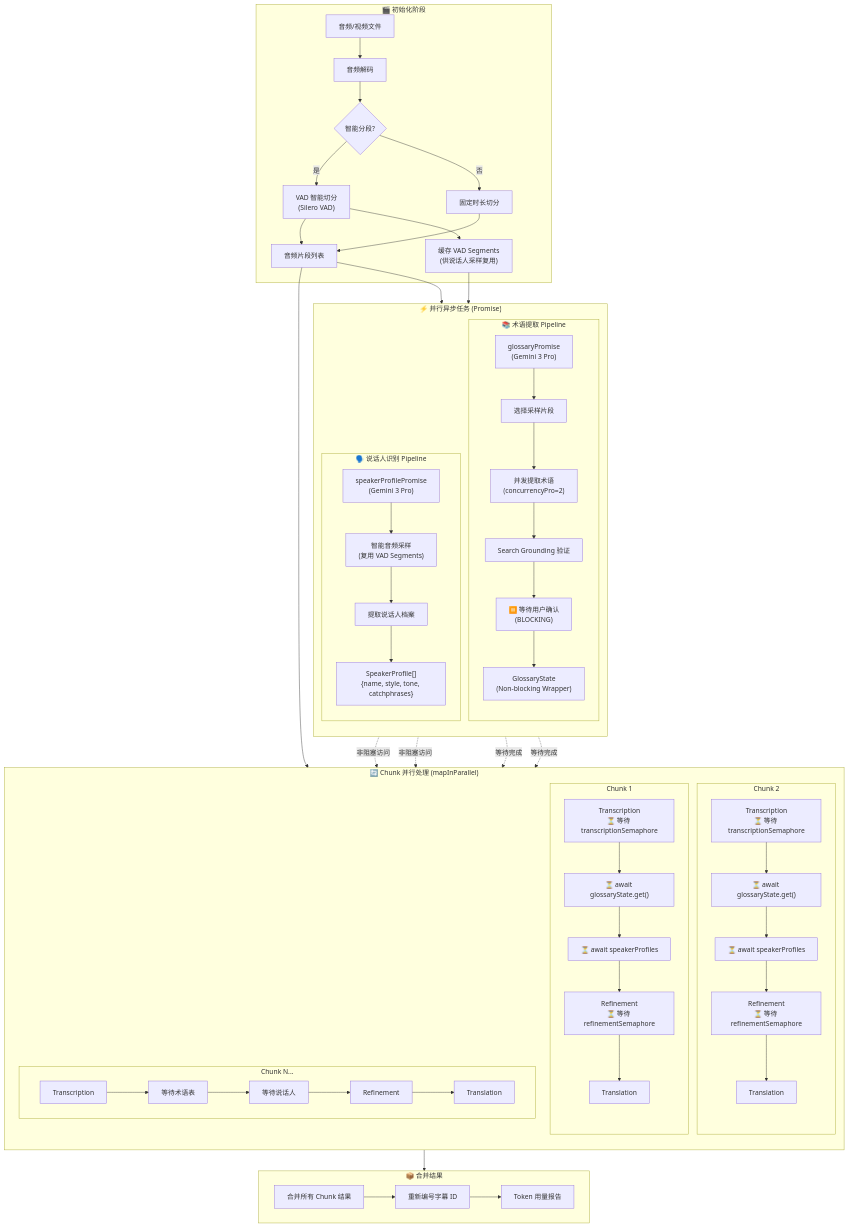
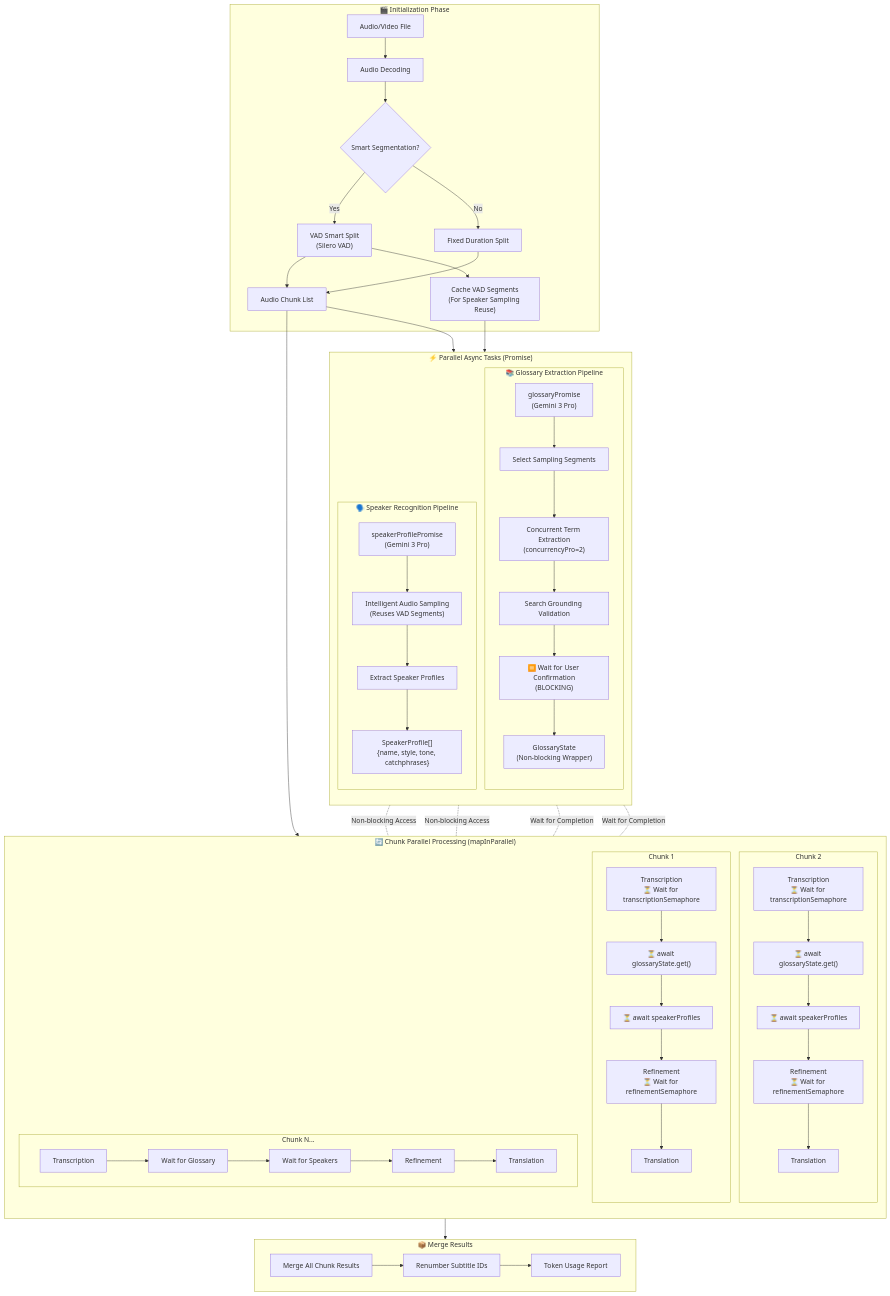
One commit to corvo007/MioSub changed the fourth of 14 diagrams in docs/ARCHITECTURE.md. Above: the diagram before and after it, drawn with Mermaid. The commit also changed other lines of this file and 3 other files, not shown here.

First line of the commit message:
docs: add bilingual README and ARCHITECTURE documentation

````diff
--- a/docs/ARCHITECTURE.md
+++ b/docs/ARCHITECTURE.md
@@ -403,76 +405,76 @@
 ```mermaid
 flowchart TB
-    subgraph INIT["🎬 初始化阶段"]
-        A[音频/视频文件] --> B[音频解码]
-        B --> C{智能分段?}
-        C -->|是| D["VAD 智能切分<br/>(Silero VAD)"]
-        C -->|否| E[固定时长切分]
-        D --> F[音频片段列表]
+    subgraph INIT["🎬 Initialization Phase"]
+        A[Audio/Video File] --> B[Audio Decoding]
+        B --> C{Smart Segmentation?}
+        C -->|Yes| D["VAD Smart Split<br/>(Silero VAD)"]
+        C -->|No| E[Fixed Duration Split]
+        D --> F[Audio Chunk List]
         E --> F
-        D --> G["缓存 VAD Segments<br/>(供说话人采样复用)"]
+        D --> G["Cache VAD Segments<br/>(For Speaker Sampling Reuse)"]
     end
 
-    subgraph PARALLEL["⚡ 并行异步任务 (Promise)"]
+    subgraph PARALLEL["⚡ Parallel Async Tasks (Promise)"]
         direction TB
 
-        subgraph GLOSSARY["📚 术语提取 Pipeline"]
+        subgraph GLOSSARY["📚 Glossary Extraction Pipeline"]
             H["glossaryPromise<br/>(Gemini 3 Pro)"]
-            H --> I[选择采样片段]
-            I --> J["并发提取术语<br/>(concurrencyPro=2)"]
-            J --> K[Search Grounding 验证]
-            K --> L["⏸️ 等待用户确认<br/>(BLOCKING)"]
+            H --> I[Select Sampling Segments]
+            I --> J["Concurrent Term Extraction<br/>(concurrencyPro=2)"]
+            J --> K[Search Grounding Validation]
+            K --> L["⏸️ Wait for User Confirmation<br/>(BLOCKING)"]
             L --> M["GlossaryState<br/>(Non-blocking Wrapper)"]
         end
 
-        subgraph SPEAKER["🗣️ 说话人识别 Pipeline"]
+        subgraph SPEAKER["🗣️ Speaker Recognition Pipeline"]
             N["speakerProfilePromise<br/>(Gemini 3 Pro)"]
-            N --> O["智能音频采样<br/>(复用 VAD Segments)"]
-            O --> P[提取说话人档案]
+            N --> O["Intelligent Audio Sampling<br/>(Reuses VAD Segments)"]
+            O --> P[Extract Speaker Profiles]
             P --> Q["SpeakerProfile[]<br/>{name, style, tone, catchphrases}"]
         end
     end
 
-    subgraph CHUNKS["🔄 Chunk 并行处理 (mapInParallel)"]
+    subgraph CHUNKS["🔄 Chunk Parallel Processing (mapInParallel)"]
         direction TB
 
         subgraph CHUNK1["Chunk 1"]
-            C1_T["Transcription<br/>⏳ 等待 transcriptionSemaphore"]
+            C1_T["Transcription<br/>⏳ Wait for transcriptionSemaphore"]
             C1_T --> C1_G["⏳ await glossaryState.get()"]
             C1_G --> C1_S["⏳ await speakerProfiles"]
-            C1_S --> C1_R["Refinement<br/>⏳ 等待 refinementSemaphore"]
+            C1_S --> C1_R["Refinement<br/>⏳ Wait for refinementSemaphore"]
             C1_R --> C1_TR[Translation]
         end
 
         subgraph CHUNK2["Chunk 2"]
-            C2_T["Transcription<br/>⏳ 等待 transcriptionSemaphore"]
+            C2_T["Transcription<br/>⏳ Wait for transcriptionSemaphore"]
             C2_T --> C2_G["⏳ await glossaryState.get()"]
             C2_G --> C2_S["⏳ await speakerProfiles"]
-            C2_S --> C2_R["Refinement<br/>⏳ 等待 refinementSemaphore"]
+            C2_S --> C2_R["Refinement<br/>⏳ Wait for refinementSemaphore"]
             C2_R --> C2_TR[Translation]
         end
 
         subgraph CHUNKN["Chunk N..."]
             CN_T["Transcription"]
-            CN_T --> CN_G["等待术语表"]
-            CN_G --> CN_S["等待说话人"]
+            CN_T --> CN_G["Wait for Glossary"]
+            CN_G --> CN_S["Wait for Speakers"]
             CN_S --> CN_R["Refinement"]
             CN_R --> CN_TR[Translation]
         end
     end
 
     F --> PARALLEL
     G --> O
     F --> CHUNKS
-    M -.->|"非阻塞访问"| C1_G
-    M -.->|"非阻塞访问"| C2_G
-    Q -.->|"等待完成"| C1_S
-    Q -.->|"等待完成"| C2_S
+    M -.-|"Non-blocking Access"| C1_G
+    M -.-|"Non-blocking Access"| C2_G
+    Q -.-|"Wait for Completion"| C1_S
+    Q -.-|"Wait for Completion"| C2_S
 
-    subgraph MERGE["📦 合并结果"]
-        R[合并所有 Chunk 结果]
-        R --> S[重新编号字幕 ID]
-        S --> T[Token 用量报告]
+    subgraph MERGE["📦 Merge Results"]
+        R[Merge All Chunk Results]
+        R --> S[Renumber Subtitle IDs]
+        S --> T[Token Usage Report]
     end
 
     CHUNKS --> MERGE
 ```
````
